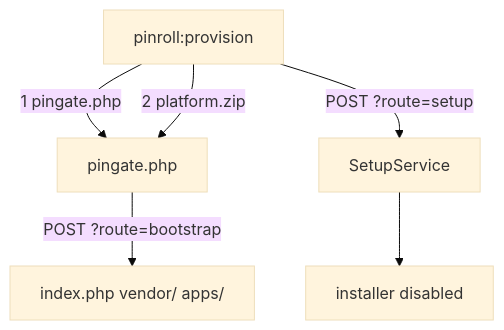
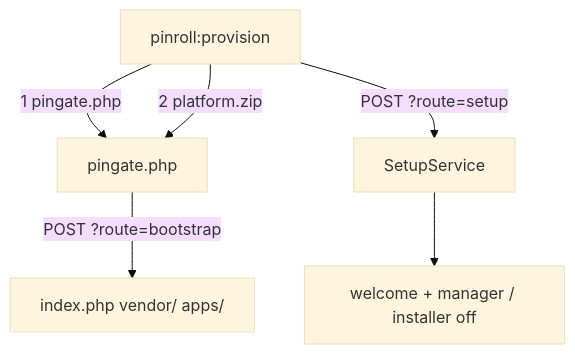
Before and after one commit to pinoox/docs: the second of 2 diagrams in en/deploy/pinroll.md, drawn with Mermaid (base theme). The commit also changed other lines of this file and 9 other files, not shown here.

````diff
--- a/en/deploy/pinroll.md
+++ b/en/deploy/pinroll.md
@@ -228,8 +298,8 @@
 ```mermaid
 flowchart TD
   Dev[pinroll:provision] -->|1 pingate.php| Gate[pingate.php]
   Dev -->|2 platform.zip| Gate
   Gate -->|"POST ?route=bootstrap"| Files["index.php vendor/ apps/"]
   Dev -->|"POST ?route=setup"| Setup[SetupService]
-  Setup --> Done[installer disabled]
+  Setup --> Done["welcome + manager / installer off"]
 ```
````
